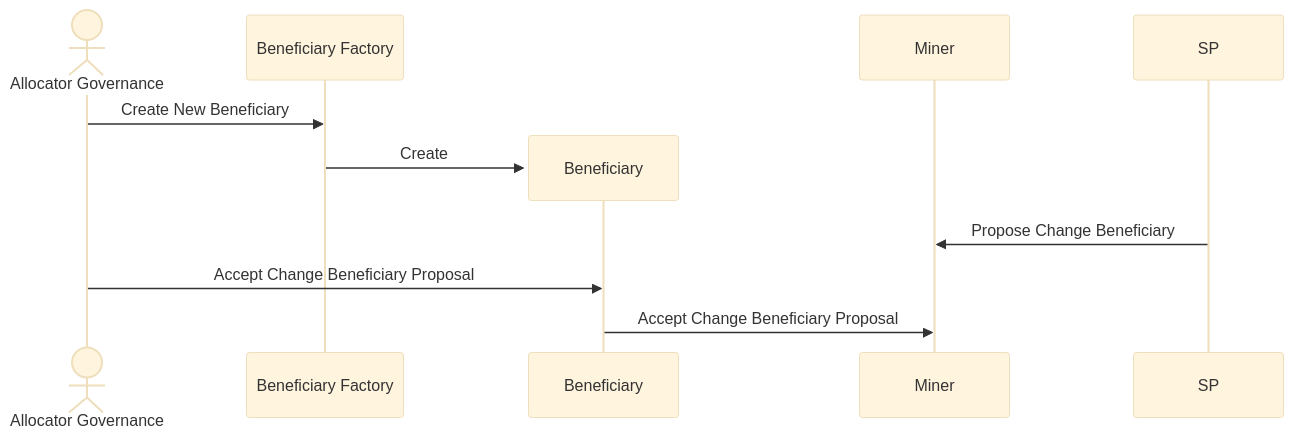
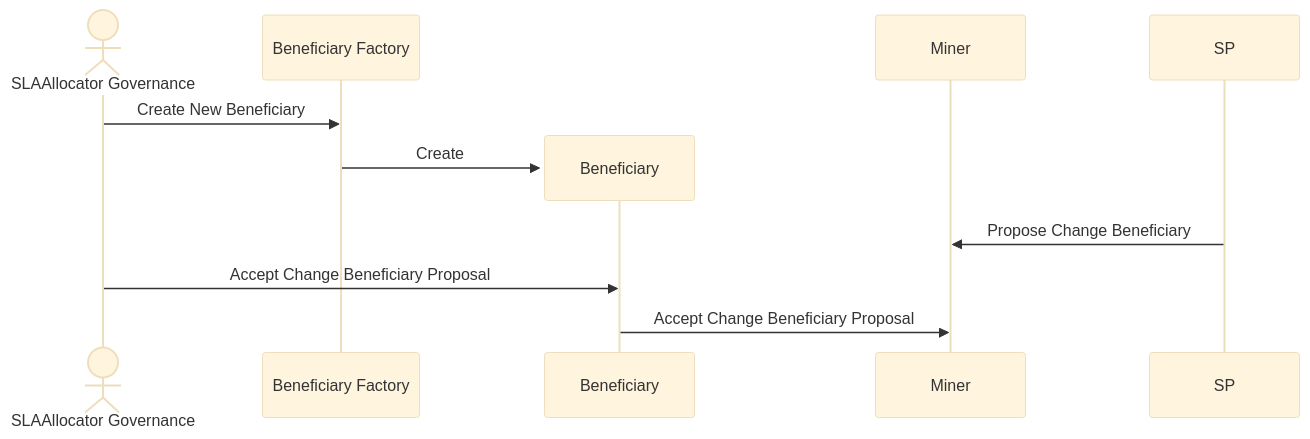
The second of 2 diagrams in README.md (kacperzuk-neti/sla-allocator-contracts), drawn with Mermaid (base theme) before and after one commit. The commit also changed other lines of this file, not shown here.

Commit message:
Rename Allocator to SLAAllocator in README

````diff
--- a/README.md
+++ b/README.md
@@ -249,13 +249,13 @@
 ```mermaid
 sequenceDiagram
-  actor Gov as Allocator Governance
+  actor Gov as SLAAllocator Governance
   participant Factory as Beneficiary Factory
 
 Gov->>Factory: Create New Beneficiary
 create participant Beneficiary
 Factory->>Beneficiary: Create
 participant Miner
 SP->>Miner: Propose Change Beneficiary
 Gov->>Beneficiary: Accept Change Beneficiary Proposal
 Beneficiary->>Miner: Accept Change Beneficiary Proposal
 ```
````
